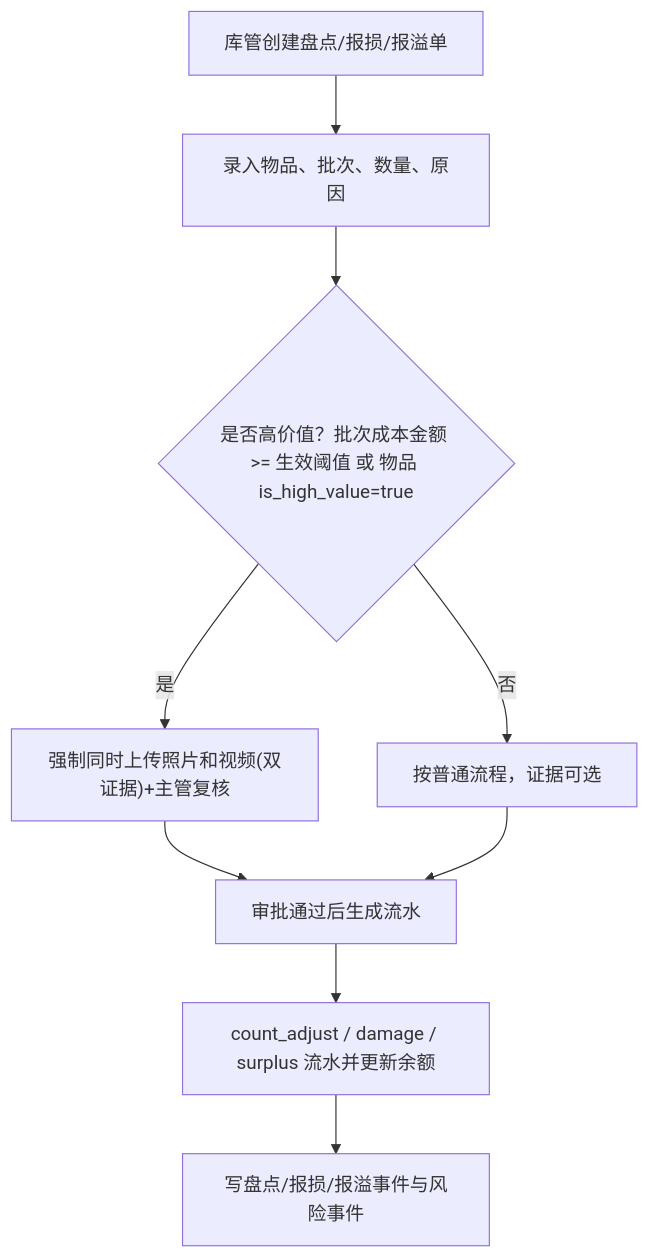
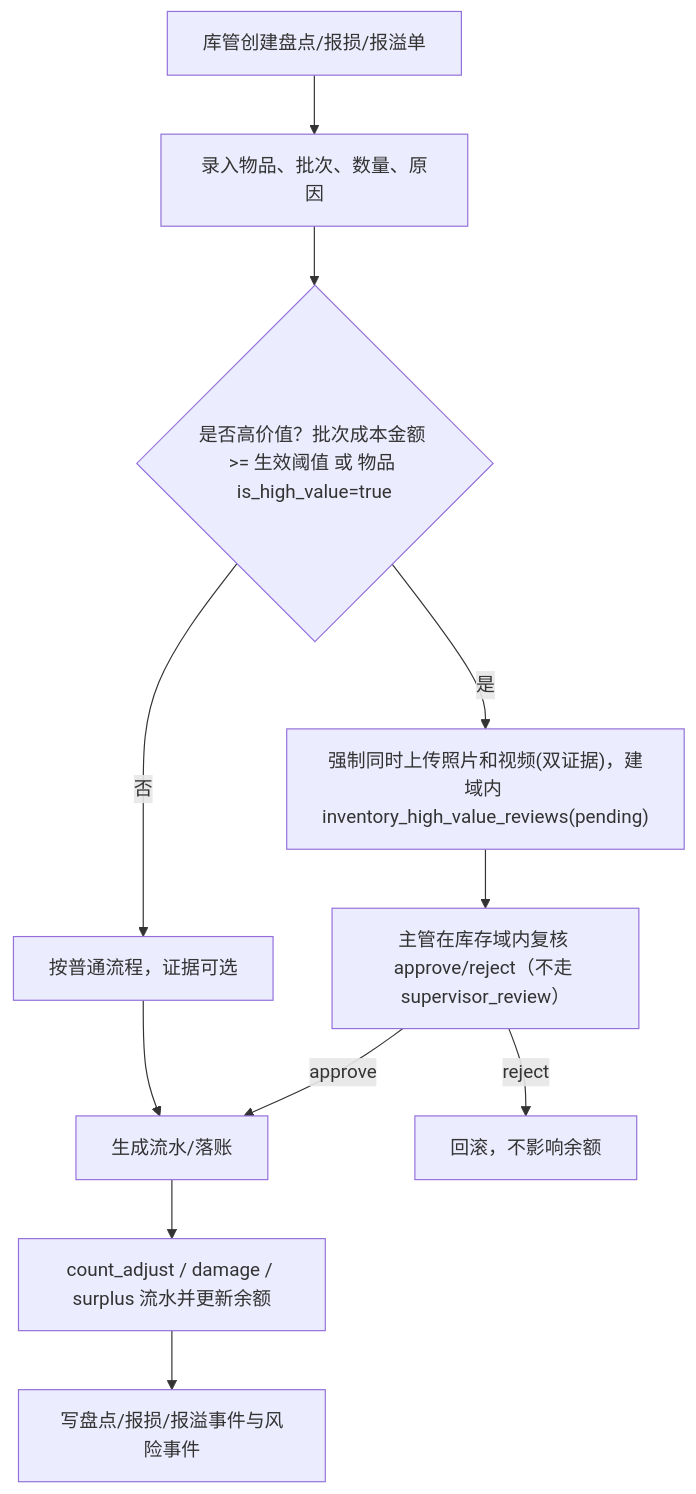
One commit to jxh1979/mall changed the fifth of 5 diagrams in docs/supply-chain-inventory-development-design-v0.1.md. Above: the diagram before and after it, drawn with Mermaid. The commit also changed other lines of this file and 781 other files, not shown here.

````diff
--- a/docs/supply-chain-inventory-development-design-v0.1.md
+++ b/docs/supply-chain-inventory-development-design-v0.1.md
@@ -269,11 +288,13 @@
 ```mermaid
 flowchart TD
   A["库管创建盘点/报损/报溢单"] --> B["录入物品、批次、数量、原因"]
   B --> C{"是否高价值？批次成本金额 >= 生效阈值 或 物品 is_high_value=true"}
-  C -- 是 --> D["强制同时上传照片和视频(双证据)+主管复核"]
+  C -- 是 --> D["强制同时上传照片和视频(双证据)，建域内 inventory_high_value_reviews(pending)"]
   C -- 否 --> E["按普通流程，证据可选"]
-  D --> F["审批通过后生成流水"]
+  D --> D1["主管在库存域内复核 approve/reject（不走 supervisor_review）"]
+  D1 -- approve --> F["生成流水/落账"]
+  D1 -- reject --> R["回滚，不影响余额"]
   E --> F
   F --> G["count_adjust / damage / surplus 流水并更新余额"]
   G --> H["写盘点/报损/报溢事件与风险事件"]
 ```
````
